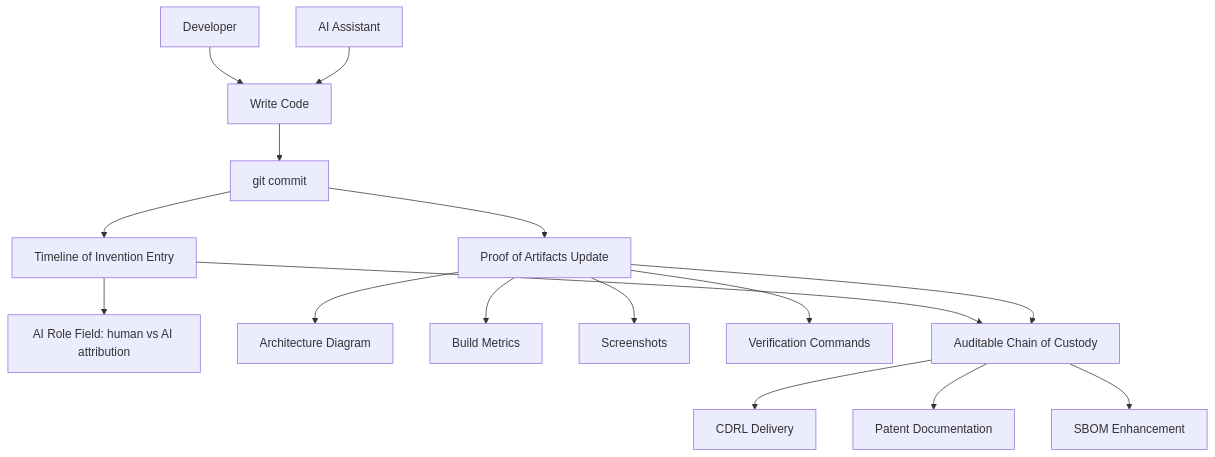
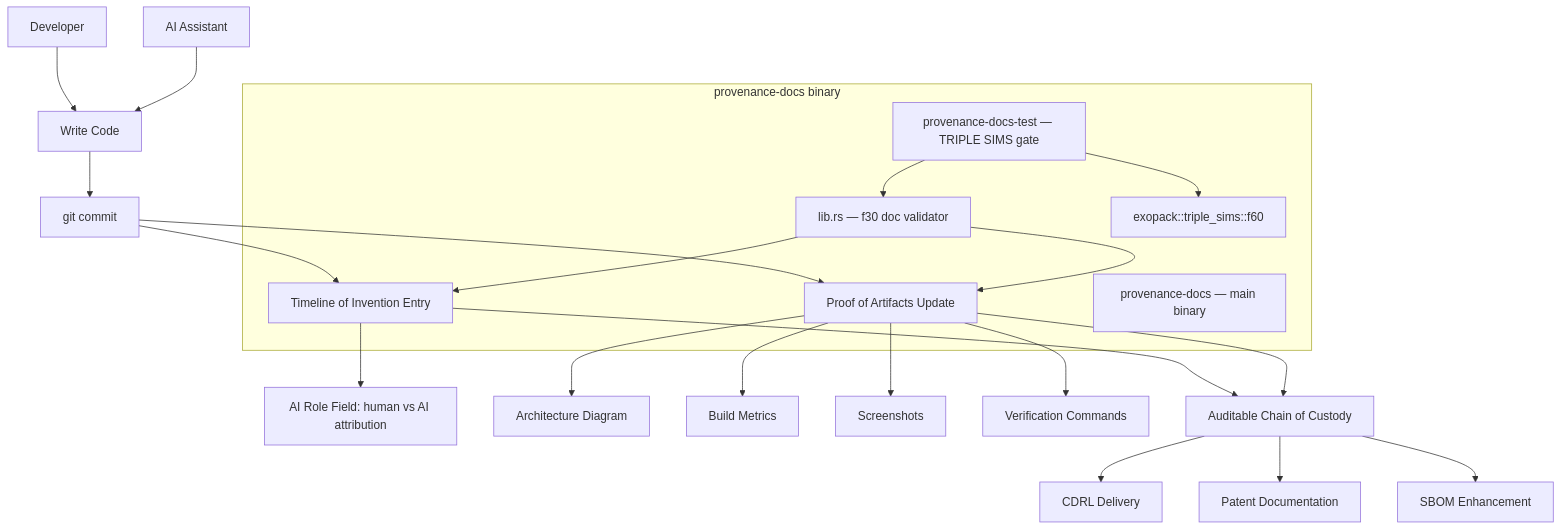
The diagram in PROOF_OF_ARTIFACTS.md (cochranblock/provenance-docs), drawn with Mermaid before and after one commit. The commit also changed other lines of this file and 2 other files, not shown here.

First line of the commit message:
expand POA to match whitepaper spec, add TOI entry for exopack integration

````diff
--- a/PROOF_OF_ARTIFACTS.md
+++ b/PROOF_OF_ARTIFACTS.md
@@ -11,18 +11,29 @@
 ```mermaid
 flowchart TD
     Dev[Developer] --> Code[Write Code]
     AI[AI Assistant] --> Code
     Code --> Commit[git commit]
     Commit --> TOI[Timeline of Invention Entry]
     TOI --> AIRole[AI Role Field: human vs AI attribution]
     Commit --> POA[Proof of Artifacts Update]
     POA --> Arch[Architecture Diagram]
     POA --> Build[Build Metrics]
     POA --> Screenshots[Screenshots]
     POA --> Verify[Verification Commands]
     TOI --> Audit[Auditable Chain of Custody]
     POA --> Audit
     Audit --> CDRL[CDRL Delivery]
     Audit --> Patent[Patent Documentation]
     Audit --> SBOM[SBOM Enhancement]
+
+    subgraph "provenance-docs binary"
+        Main[provenance-docs — main binary]
+        Lib[lib.rs — f30 doc validator]
+        Test[provenance-docs-test — TRIPLE SIMS gate]
+        Exopack[exopack::triple_sims::f60]
+        Test --> Exopack
+        Test --> Lib
+        Lib --> TOI
+        Lib --> POA
+    end
 ```
````
